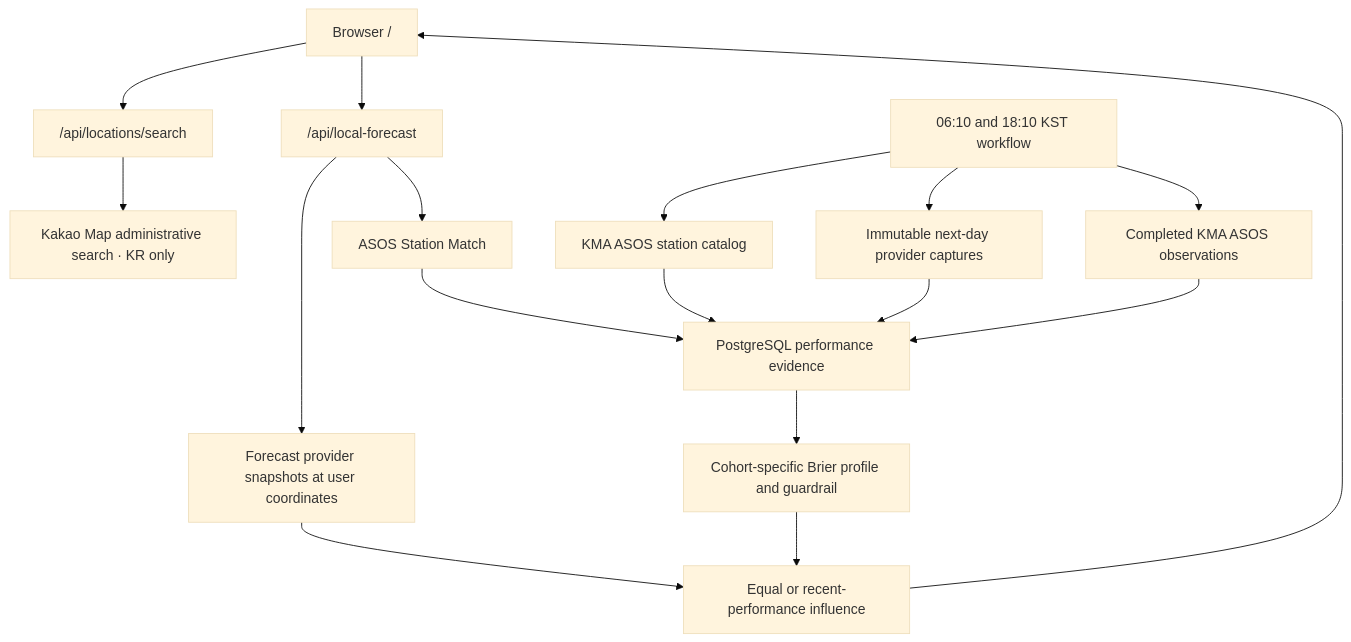
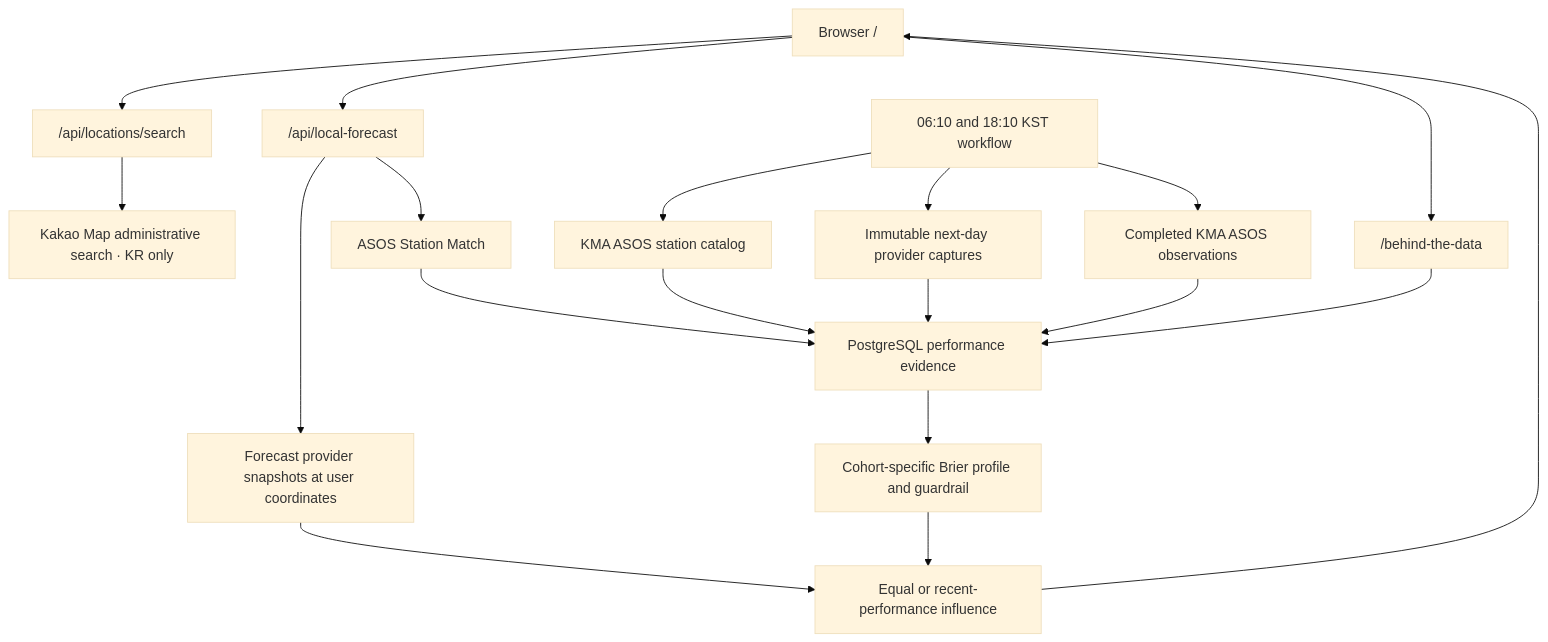
One commit to mhju0/raintoday changed the diagram in README.md. Above: the diagram before and after it, drawn with Mermaid (base theme). The commit also changed other lines of this file and 7 other files, not shown here.

First line of the commit message:
feat(behind-the-data): serve the scoring record as a route (#113)

````diff
--- a/README.md
+++ b/README.md
@@ -97,20 +97,22 @@
 ```mermaid
 flowchart TB
   Browser["Browser /"] --> Search["/api/locations/search"]
   Browser --> Local["/api/local-forecast"]
+  Browser --> Behind["/behind-the-data"]
+  Behind --> Database
   Search --> Geocoding["Kakao Map administrative search · KR only"]
   Local --> Providers["Forecast provider snapshots at user coordinates"]
   Local --> Match["ASOS Station Match"]
   Match --> Database["PostgreSQL performance evidence"]
   Providers --> Blend["Equal or recent-performance influence"]
   Database --> Profile["Cohort-specific Brier profile and guardrail"]
   Profile --> Blend
   Blend --> Browser
 
   Schedule["06:10 and 18:10 KST workflow"] --> Catalog["KMA ASOS station catalog"]
   Schedule --> Captures["Immutable next-day provider captures"]
   Schedule --> Observations["Completed KMA ASOS observations"]
   Catalog --> Database
   Captures --> Database
   Observations --> Database
 ```
````
